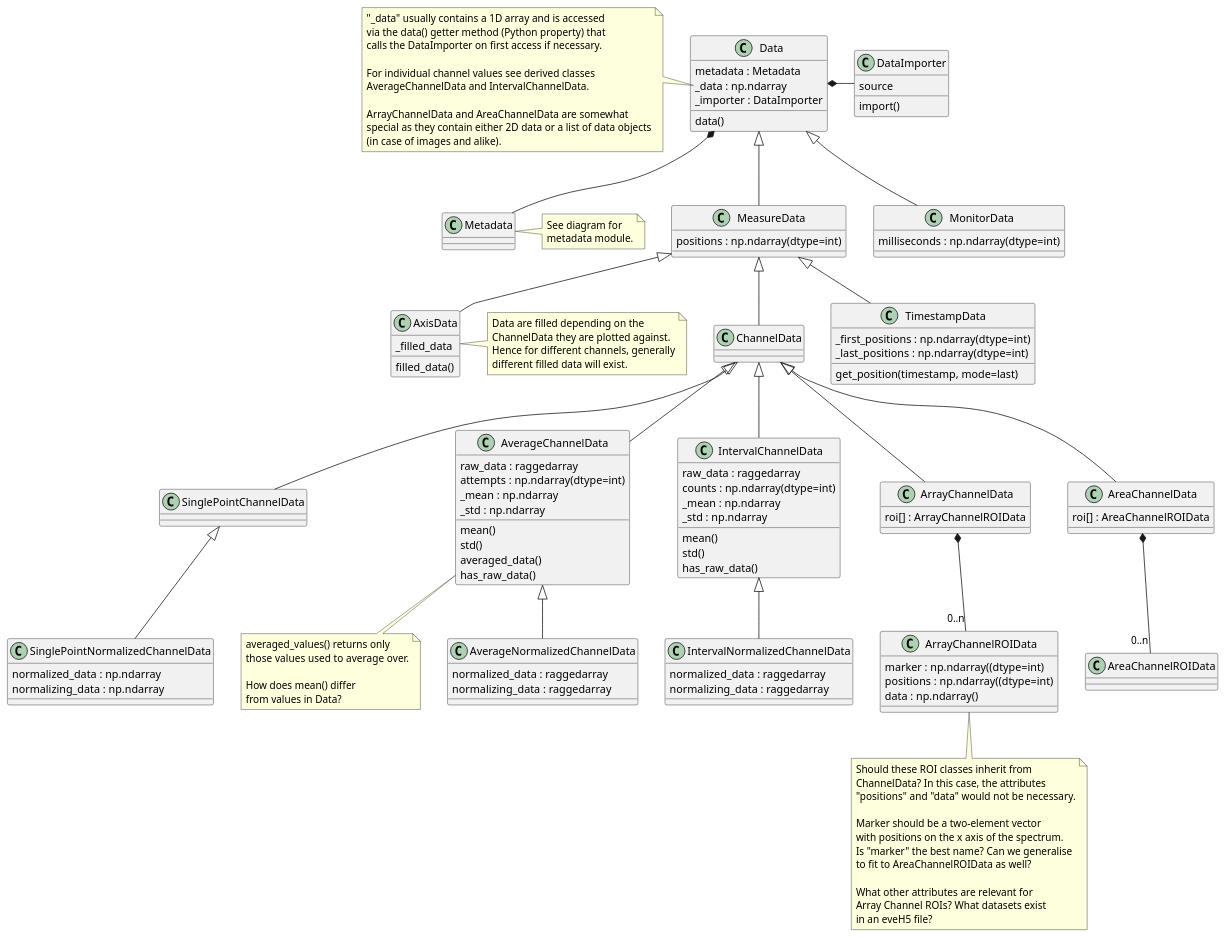
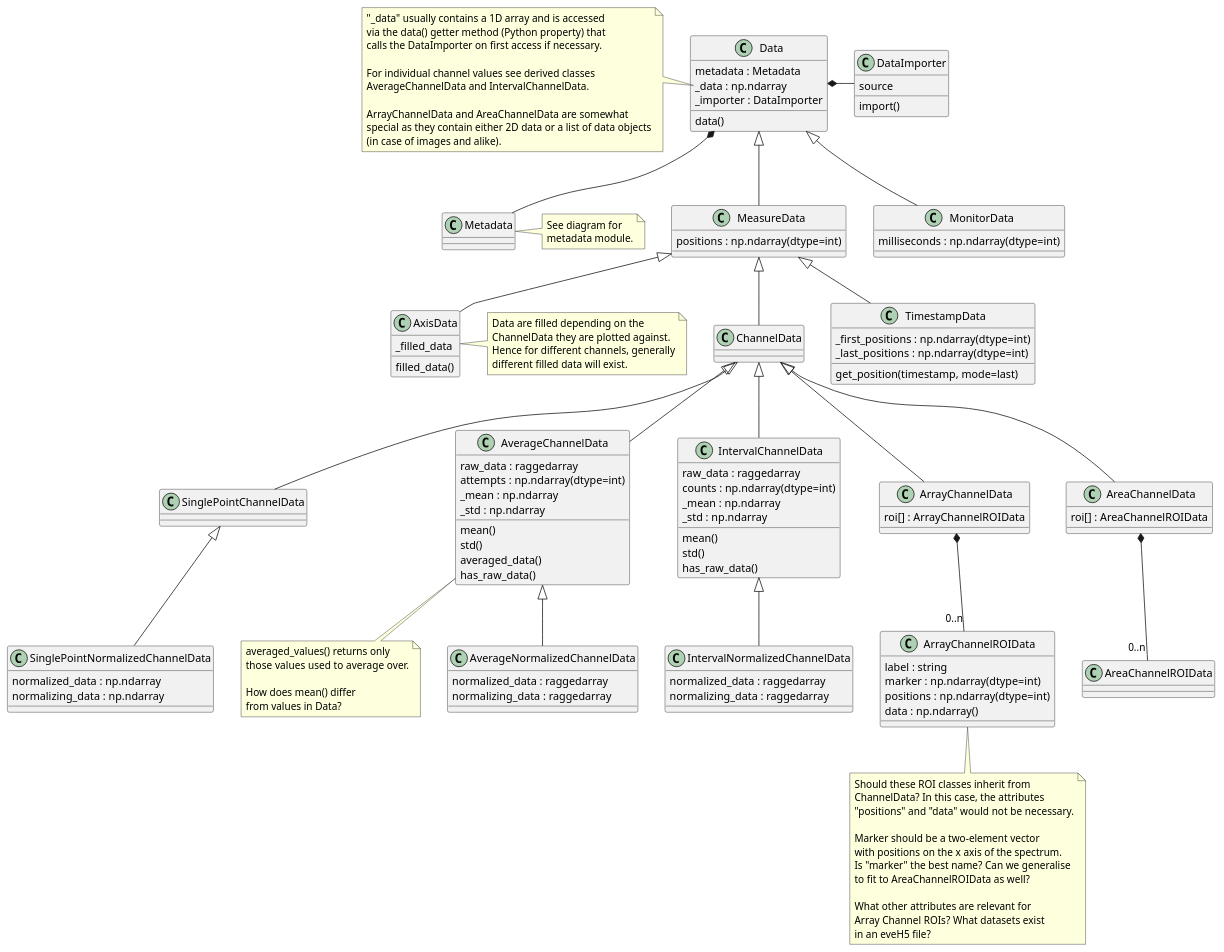
Before and after one commit to tillbiskup/evedata: the diagram in docs/uml/evedata.evefile.data.puml, drawn with PlantUML. The commit also changed 3 other files, not shown here.

```diff
--- a/docs/uml/evedata.evefile.data.puml
+++ b/docs/uml/evedata.evefile.data.puml
@@ -1,144 +1,145 @@
 @startuml
 'skinparam dpi 150
 
 class Data {
     metadata : Metadata
     _data : np.ndarray
     _importer : DataImporter
     data()
 }
 note left of Data::_data
     "_data" usually contains a 1D array and is accessed
     via the data() getter method (Python property) that
     calls the DataImporter on first access if necessary.
 
     For individual channel values see derived classes
     AverageChannelData and IntervalChannelData.
 
     ArrayChannelData and AreaChannelData are somewhat
     special as they contain either 2D data or a list of data objects
     (in case of images and alike).
 end note
 
 class DataImporter {
     source
     import()
 }
 
 class Metadata {
 }
 note right: See diagram for\nmetadata module.
 
 Data *- DataImporter
 Data *-- Metadata
 
 class MeasureData extends Data {
     {field} positions : np.ndarray(dtype=int)
 }
 
 class MonitorData extends Data {
     {field} milliseconds : np.ndarray(dtype=int)
 }
 
 class AxisData extends MeasureData {
     _filled_data
     filled_data()
 }
 note right of AxisData
     Data are filled depending on the
     ChannelData they are plotted against.
     Hence for different channels, generally
     different filled data will exist.
 endnote
 
 class ChannelData extends MeasureData {
 }
 
 class TimestampData extends MeasureData {
     {field} _first_positions : np.ndarray(dtype=int)
     {field} _last_positions : np.ndarray(dtype=int)
     get_position(timestamp, mode=last)
 }
 
 class SinglePointChannelData extends ChannelData {}
 
 class SinglePointNormalizedChannelData extends SinglePointChannelData {
     normalized_data : np.ndarray
     normalizing_data : np.ndarray
 }
 
 class AverageChannelData extends ChannelData {
     raw_data : raggedarray
     {field} attempts : np.ndarray(dtype=int)
     _mean : np.ndarray
     _std : np.ndarray
     mean()
     std()
     averaged_data()
     has_raw_data()
 }
 note bottom of AverageChannelData
     averaged_values() returns only
     those values used to average over.
 
     How does mean() differ
     from values in Data?
 end note
 
 class AverageNormalizedChannelData extends AverageChannelData {
     normalized_data : raggedarray
     normalizing_data : raggedarray
 }
 
 
 class IntervalChannelData extends ChannelData {
     raw_data : raggedarray
     {field} counts : np.ndarray(dtype=int)
     _mean : np.ndarray
     _std : np.ndarray
     mean()
     std()
     has_raw_data()
 }
 
 class IntervalNormalizedChannelData extends IntervalChannelData {
     normalized_data : raggedarray
     normalizing_data : raggedarray
 }
 
 class ArrayChannelData extends ChannelData {
     roi[] : ArrayChannelROIData
 }
 
 ArrayChannelData *-- "0..n" ArrayChannelROIData
 
 class ArrayChannelROIData {
-    {field} marker : np.ndarray((dtype=int)
-    {field} positions : np.ndarray((dtype=int)
+    {field} label : string
+    {field} marker : np.ndarray(dtype=int)
+    {field} positions : np.ndarray(dtype=int)
     {field} data : np.ndarray()
 }
 note bottom of ArrayChannelROIData
     Should these ROI classes inherit from
     ChannelData? In this case, the attributes
     "positions" and "data" would not be necessary.
 
     Marker should be a two-element vector
     with positions on the x axis of the spectrum.
     Is "marker" the best name? Can we generalise
     to fit to AreaChannelROIData as well?
 
     What other attributes are relevant for
     Array Channel ROIs? What datasets exist
     in an eveH5 file?
 endnote
 
 class AreaChannelData extends ChannelData {
     roi[] : AreaChannelROIData
 }
 
 AreaChannelData *-- "0..n" AreaChannelROIData
 
 class AreaChannelROIData {
 }
 
 @enduml
```
